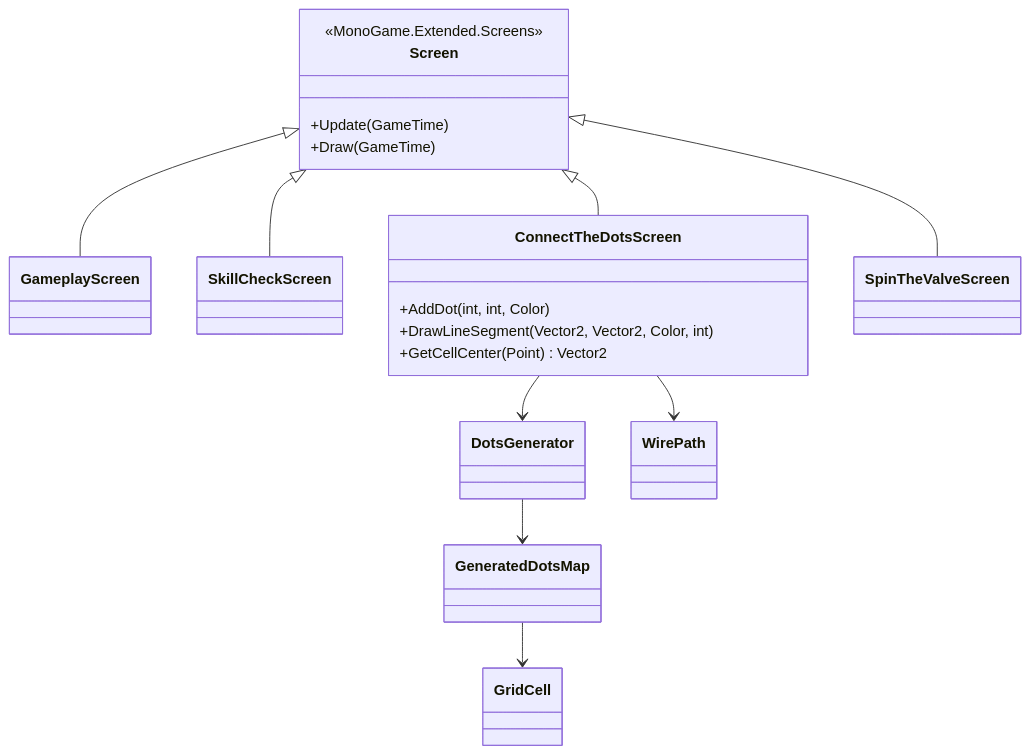
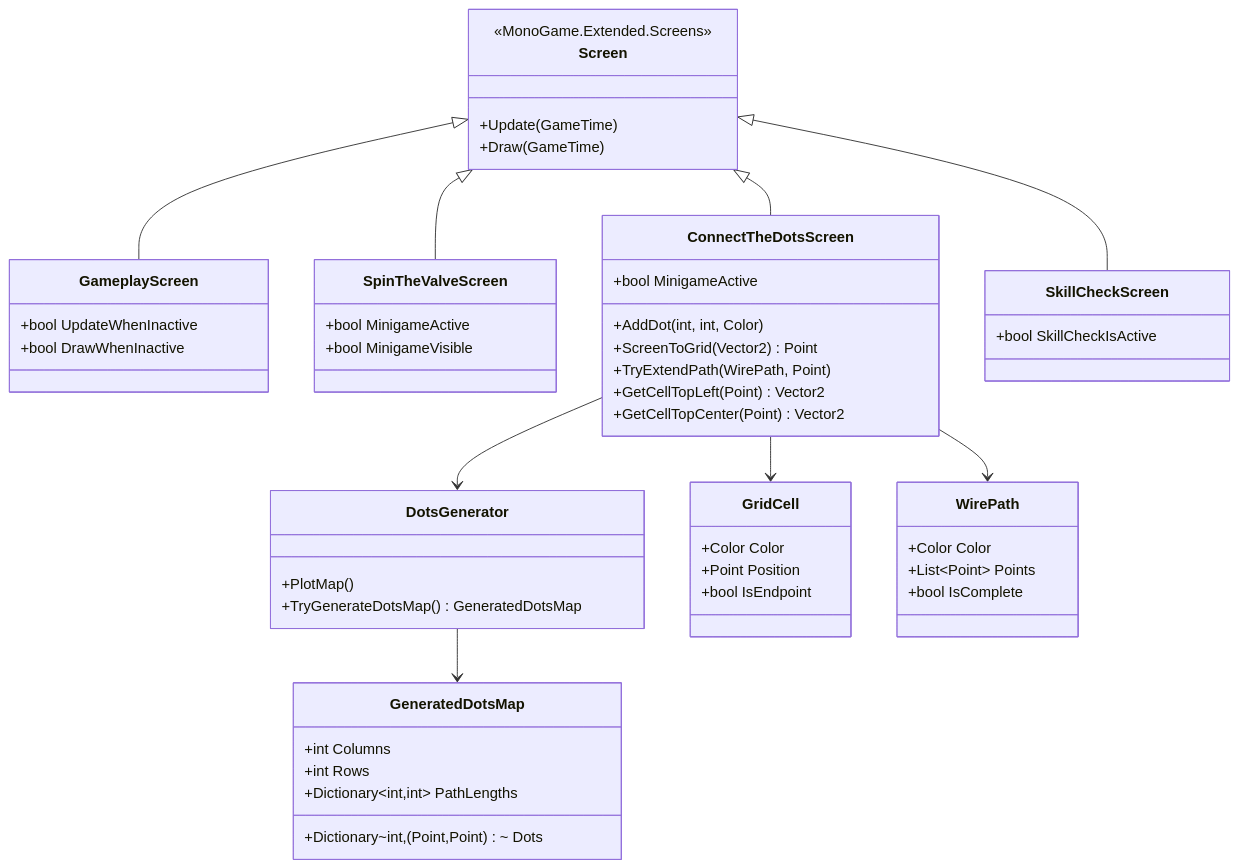
Before and after one commit to Sambopukkazz/DG225_CoreX: the third of 6 diagrams in docs/03_Software/02-class-diagram.md, drawn with Mermaid. The commit also changed other lines of this file and 26 other files, not shown here.

````diff
--- a/docs/03_Software/02-class-diagram.md
+++ b/docs/03_Software/02-class-diagram.md
@@ -148,31 +252,58 @@
 ```mermaid
 classDiagram
     class Screen {
         <<MonoGame.Extended.Screens>>
         +Update(GameTime)
         +Draw(GameTime)
     }
-    class GameplayScreen
-    class SkillCheckScreen
+    class GameplayScreen {
+        +bool UpdateWhenInactive
+        +bool DrawWhenInactive
+    }
+    class SpinTheValveScreen {
+        +bool MinigameActive
+        +bool MinigameVisible
+    }
     class ConnectTheDotsScreen {
+        +bool MinigameActive
         +AddDot(int, int, Color)
-        +DrawLineSegment(Vector2, Vector2, Color, int)
-        +GetCellCenter(Point) Vector2
+        +ScreenToGrid(Vector2) Point
+        +TryExtendPath(WirePath, Point)
+        +GetCellTopLeft(Point) Vector2
+        +GetCellTopCenter(Point) Vector2
     }
-    class SpinTheValveScreen
+    class SkillCheckScreen {
+        +bool SkillCheckIsActive
+    }
 
     Screen <|-- GameplayScreen
+    Screen <|-- SpinTheValveScreen
+    Screen <|-- ConnectTheDotsScreen
     Screen <|-- SkillCheckScreen
-    Screen <|-- ConnectTheDotsScreen
-    Screen <|-- SpinTheValveScreen
 
-    class DotsGenerator
-    class GeneratedDotsMap
-    class GridCell
-    class WirePath
+    class DotsGenerator {
+        +PlotMap()
+        +TryGenerateDotsMap() GeneratedDotsMap
+    }
+    class GeneratedDotsMap {
+        +int Columns
+        +int Rows
+        +Dictionary~int,(Point,Point)~ Dots
+        +Dictionary~int,int~ PathLengths
+    }
+    class GridCell {
+        +Color Color
+        +Point Position
+        +bool IsEndpoint
+    }
+    class WirePath {
+        +Color Color
+        +List~Point~ Points
+        +bool IsComplete
+    }
 
     ConnectTheDotsScreen --> DotsGenerator
     DotsGenerator --> GeneratedDotsMap
-    GeneratedDotsMap --> GridCell
+    ConnectTheDotsScreen --> GridCell
     ConnectTheDotsScreen --> WirePath
 ```
````
